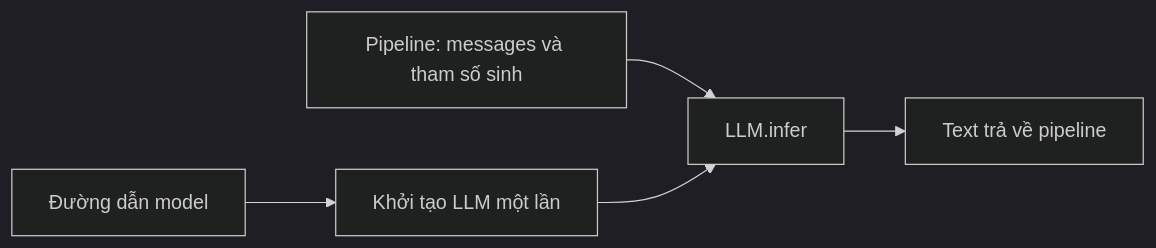
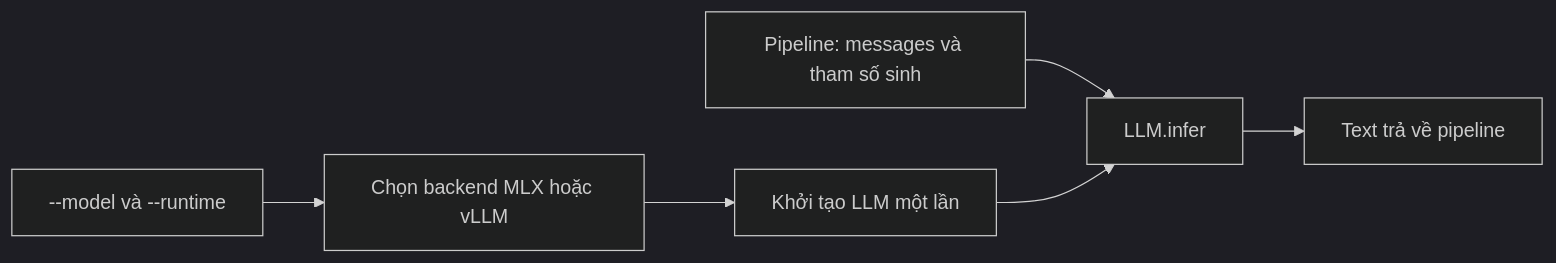
Before and after one commit to ToiLaKiet/datamate: the first of 6 diagrams in docs/ARCHITECTURE.md, drawn with Mermaid (dark theme). The commit also changed other lines of this file and 10 other files, not shown here.

````diff
--- a/docs/ARCHITECTURE.md
+++ b/docs/ARCHITECTURE.md
@@ -7,7 +7,8 @@
 ```mermaid
 flowchart LR
-    A[Đường dẫn model] --> B[Khởi tạo LLM một lần]
+    A[--model và --runtime] --> B[Chọn backend MLX hoặc vLLM]
+    B --> F[Khởi tạo LLM một lần]
     C[Pipeline: messages và tham số sinh] --> D[LLM.infer]
-    B --> D
+    F --> D
     D --> E[Text trả về pipeline]
 ```
````
